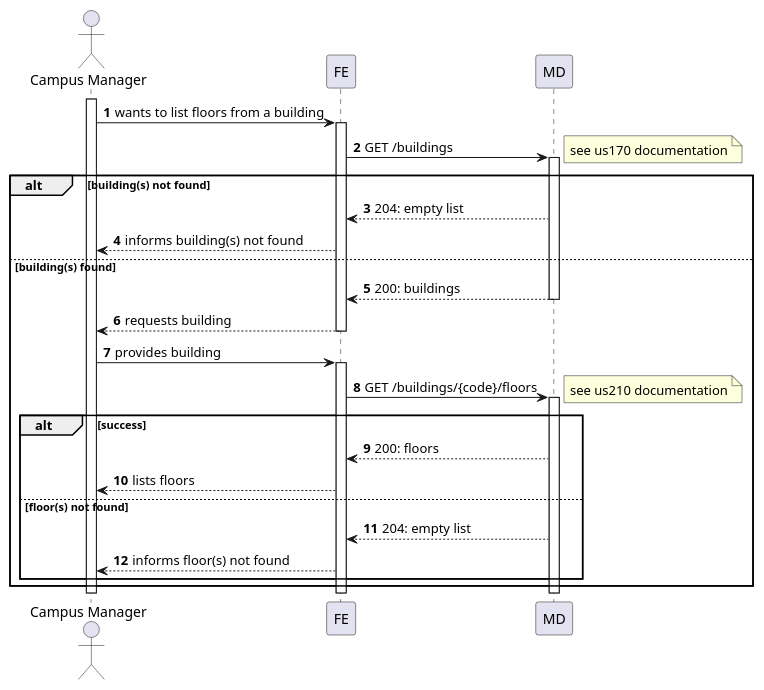
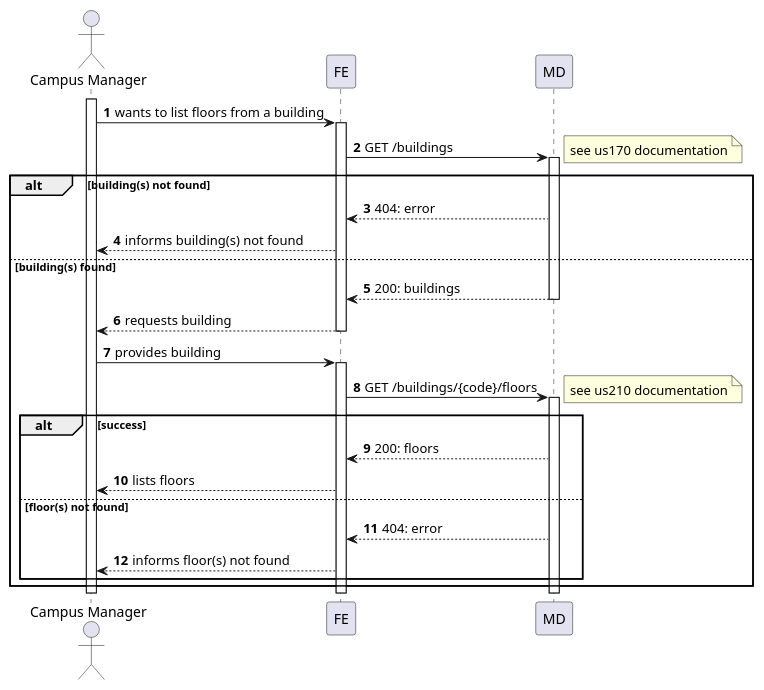
Before and after one commit to Departamento-de-Engenharia-Informatica/lapr5-23-24-g19: the diagram in docs/us1100/level2/process-view.puml, drawn with PlantUML. The commit also changed 5 other files, not shown here.

```diff
--- a/docs/us1100/level2/process-view.puml
+++ b/docs/us1100/level2/process-view.puml
@@ -1,43 +1,43 @@
 @startuml
 autonumber
 
 actor "Campus Manager" as usr
 
 participant "FE" as ui
 
 participant "MD" as md
 
 activate usr
     usr -> ui : wants to list floors from a building
     activate ui
         ui -> md : GET /buildings
     alt building(s) not found
             activate md
                 note right : see us170 documentation
-                md --> ui : 204: empty list
+                md --> ui : 404: error
                 ui --> usr : informs building(s) not found
 
     else building(s) found
             md --> ui : 200: buildings
             deactivate md
             ui --> usr : requests building
         deactivate ui
 
         usr -> ui : provides building
         activate ui
             ui -> md : GET /buildings/{code}/floors
             activate md
                 note right : see us210 documentation
                 alt success
                     md --> ui : 200: floors
                     ui --> usr : lists floors
                 else floor(s) not found
-                    md --> ui : 204: empty list
+                    md --> ui : 404: error
                     ui --> usr : informs floor(s) not found
                 end
     end
         deactivate md
     deactivate ui
 deactivate usr
 
 @enduml
```
